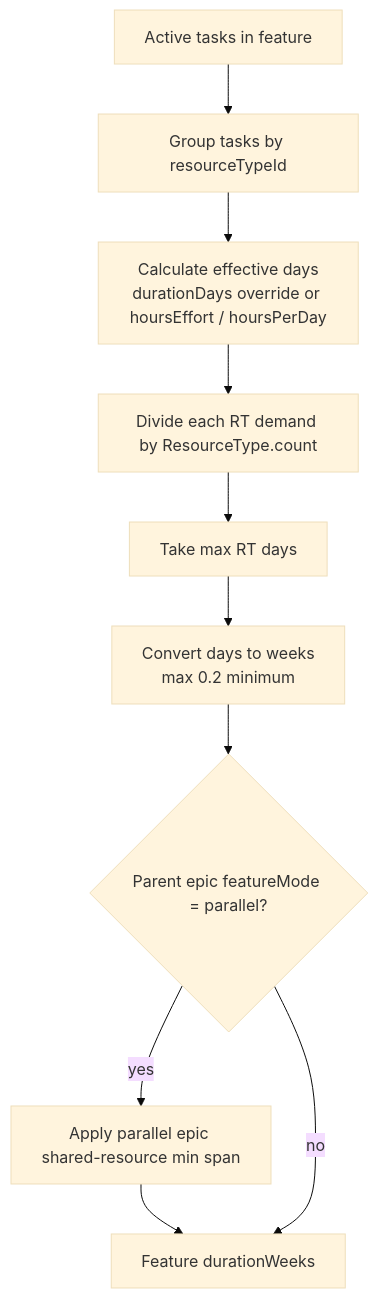
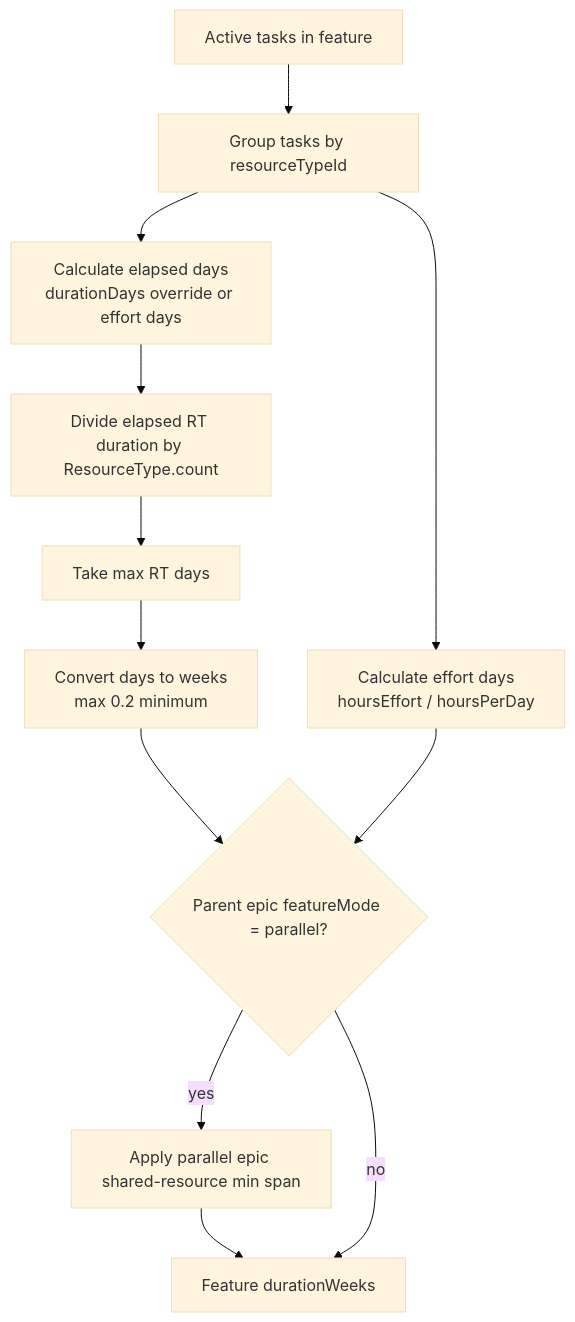
The fifth of 10 diagrams in docs/architecture/scheduling-and-resource-model.md (NickMonrad/monrad-estimator), drawn with Mermaid (base theme) before and after one commit. The commit also changed other lines of this file and 11 other files, not shown here.

Commit message:
fix(#462): separate effort from duration demand

````diff
--- a/docs/architecture/scheduling-and-resource-model.md
+++ b/docs/architecture/scheduling-and-resource-model.md
@@ -416,16 +416,20 @@
 ```mermaid
 flowchart TD
   Tasks[Active tasks in feature]
   Group[Group tasks by resourceTypeId]
-  EffectiveDays[Calculate effective days<br/>durationDays override or hoursEffort / hoursPerDay]
-  Divide[Divide each RT demand by ResourceType.count]
+  EffortDays[Calculate effort days<br/>hoursEffort / hoursPerDay]
+  ScheduleDays[Calculate elapsed days<br/>durationDays override or effort days]
+  Divide[Divide elapsed RT duration by ResourceType.count]
   Bottleneck[Take max RT days]
   Weeks[Convert days to weeks<br/>max 0.2 minimum]
   Parallel{Parent epic featureMode = parallel?}
   Floor[Apply parallel epic shared-resource min span]
   Duration[Feature durationWeeks]
 
-  Tasks --> Group --> EffectiveDays --> Divide --> Bottleneck --> Weeks --> Parallel
+  Tasks --> Group
+  Group --> EffortDays
+  Group --> ScheduleDays --> Divide --> Bottleneck --> Weeks --> Parallel
+  EffortDays --> Parallel
   Parallel -- yes --> Floor --> Duration
   Parallel -- no --> Duration
 ```
````
